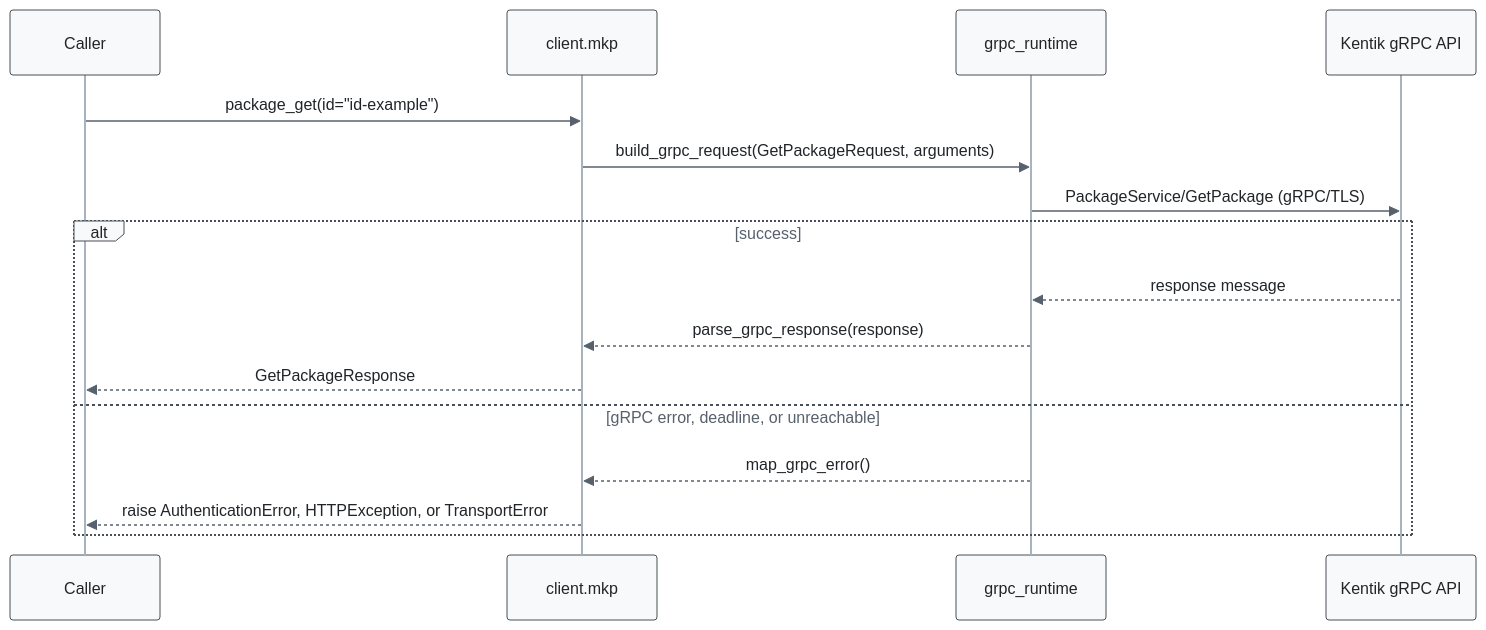
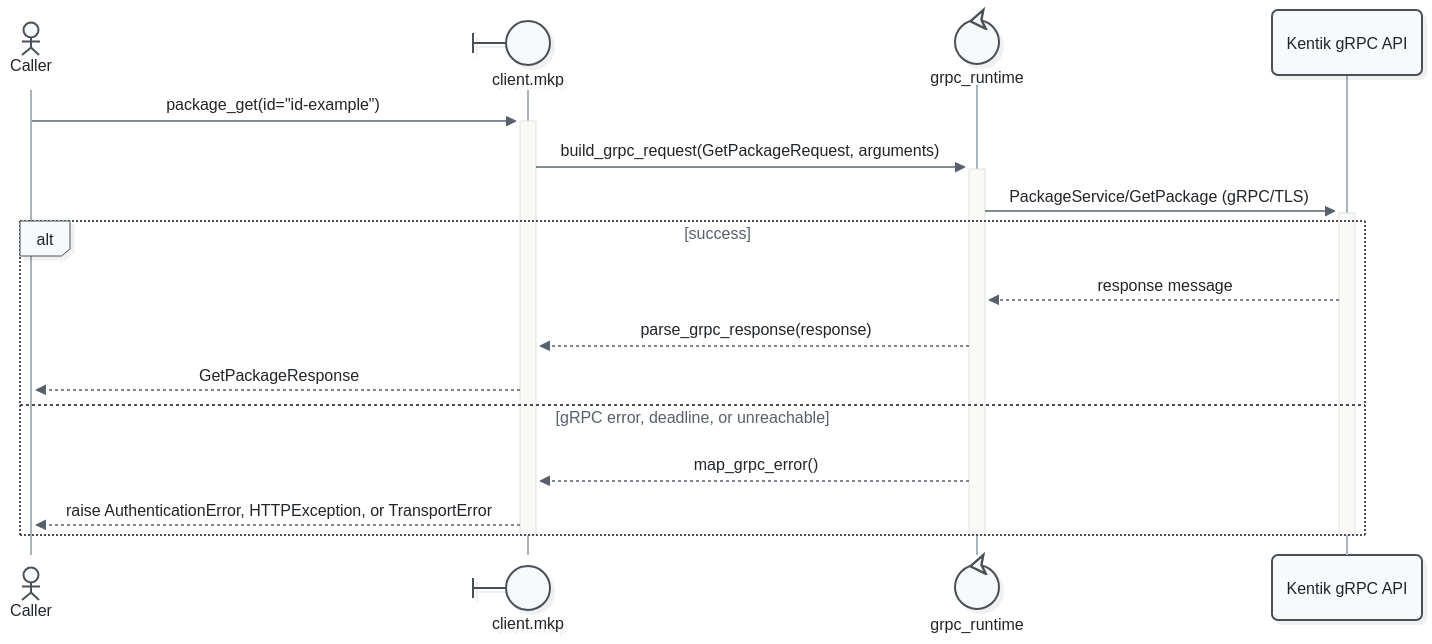
The sixth of 29 diagrams in docs/sphinx/services/mkp.md (alexdearaujo/community_sdk_python), drawn with Mermaid before and after one commit. The commit also changed other lines of this file and 52 other files, not shown here.

First line of the commit message:
docs: Mermaid 12 sequence diagrams with participant types and path colors

````diff
--- a/docs/sphinx/services/mkp.md
+++ b/docs/sphinx/services/mkp.md
@@ -206,20 +218,23 @@
 ```mermaid
-%%{init: {"theme": "base", "fontFamily": "ui-monospace, SFMono-Regular, Menlo, monospace", "themeVariables": {"fontFamily": "ui-monospace, SFMono-Regular, Menlo, monospace", "primaryColor": "#f8f9fa", "primaryBorderColor": "#495057", "primaryTextColor": "#212529", "textColor": "#212529", "lineColor": "#77818c", "edgeLabelBackground": "#ffffff", "actorBkg": "#f8f9fa", "actorBorder": "#495057", "actorTextColor": "#212529", "actorLineColor": "#a9b3be", "signalColor": "#57616d", "signalTextColor": "#212529", "labelBoxBkgColor": "#f8f9fa", "labelBoxBorderColor": "#495057", "labelTextColor": "#212529", "loopTextColor": "#57616d", "noteBkgColor": "#fff9db", "noteBorderColor": "#f08c00", "noteTextColor": "#a35a00"}, "flowchart": {"curve": "step", "nodeSpacing": 30, "rankSpacing": 70, "wrappingWidth": 400}}}%%
+%%{init: {"theme": "redux", "look": "neo", "layout": "dagre", "fontFamily": "ui-monospace, SFMono-Regular, Menlo, monospace", "themeVariables": {"fontFamily": "ui-monospace, SFMono-Regular, Menlo, monospace", "primaryColor": "#f8f9fa", "primaryBorderColor": "#495057", "primaryTextColor": "#212529", "textColor": "#212529", "lineColor": "#77818c", "edgeLabelBackground": "#ffffff", "actorBkg": "#f8f9fa", "actorBorder": "#495057", "actorTextColor": "#212529", "actorLineColor": "#a9b3be", "signalColor": "#57616d", "signalTextColor": "#212529", "labelBoxBkgColor": "#f8f9fa", "labelBoxBorderColor": "#495057", "labelTextColor": "#212529", "loopTextColor": "#57616d", "noteBkgColor": "#fff9db", "noteBorderColor": "#f08c00", "noteTextColor": "#a35a00"}, "sequence": {"activationWidth": 16}, "flowchart": {"curve": "step", "nodeSpacing": 30, "rankSpacing": 70, "wrappingWidth": 400}}}%%
 sequenceDiagram
-    participant C as Caller
-    participant W as client.mkp
-    participant R as grpc_runtime
+    actor C as Caller
+    participant W@{ "type": "boundary" } as client.mkp
+    participant R@{ "type": "control" } as grpc_runtime
     participant API as Kentik gRPC API
 
-    C->>W: package_get(id="id-example")
-    W->>R: build_grpc_request(GetPackageRequest, arguments)
-    R->>API: PackageService/GetPackage (gRPC/TLS)
+    C->>+W: package_get(id="id-example")
+    W->>+R: build_grpc_request(GetPackageRequest, arguments)
+    R->>+API: PackageService/GetPackage (gRPC/TLS)
     alt success
         API-->>R: response message
         R-->>W: parse_grpc_response(response)
         W-->>C: GetPackageResponse
     else gRPC error, deadline, or unreachable
         R-->>W: map_grpc_error()
         W-->>C: raise AuthenticationError, HTTPException, or TransportError
     end
+    deactivate API
+    deactivate R
+    deactivate W
 ```
````
